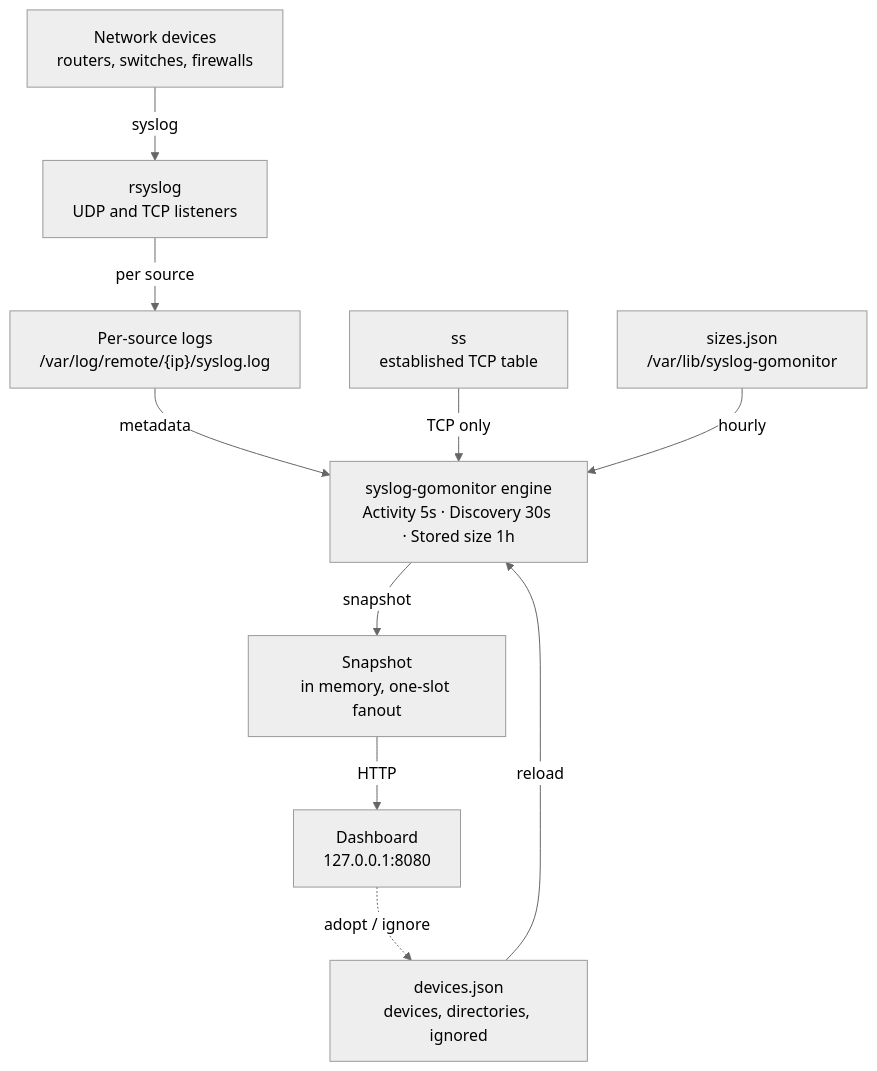
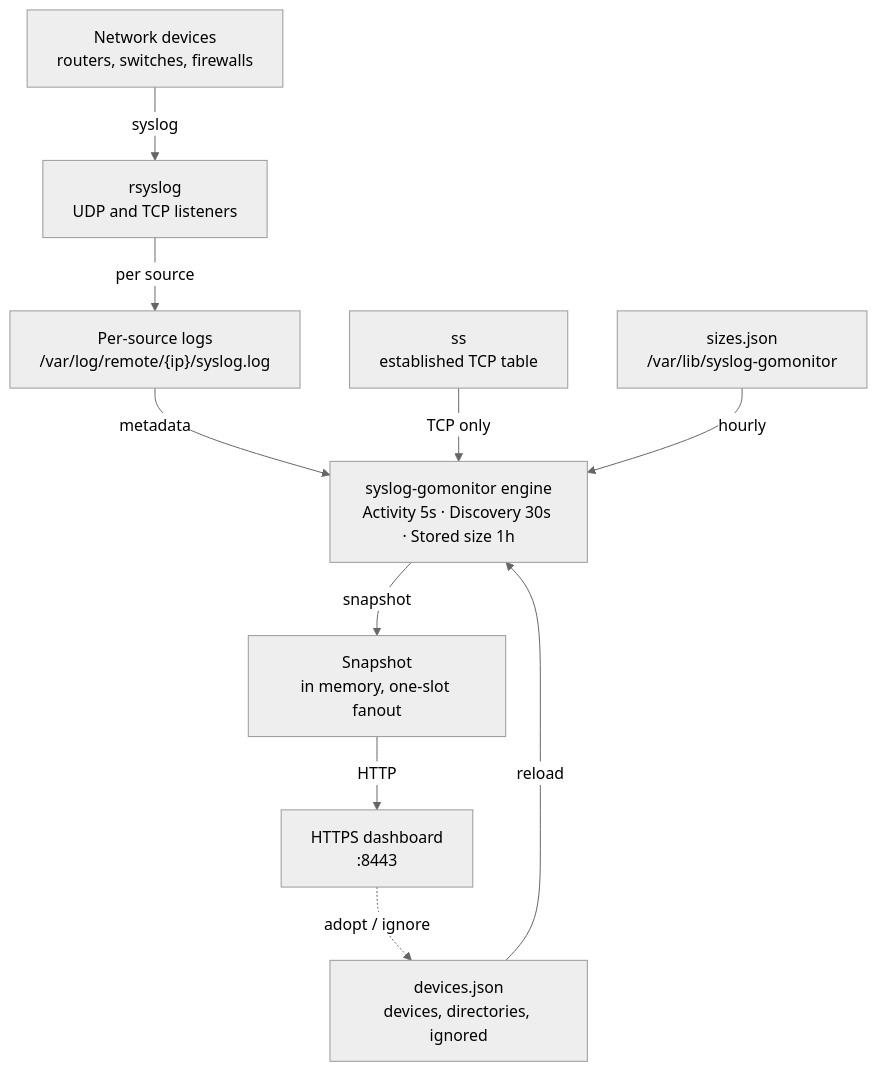
The diagram in docs/data-flow.md (zcook44/syslog-gomonitor), drawn with Mermaid (neutral theme) before and after one commit. The commit also changed other lines of this file and 17 other files, not shown here.

First line of the commit message:
Serve the dashboard over HTTPS on the network.

````diff
--- a/docs/data-flow.md
+++ b/docs/data-flow.md
@@ -27,22 +27,22 @@
 ```mermaid
 flowchart TB
   devices["Network devices<br/>routers, switches, firewalls"]
   rsyslog["rsyslog<br/>UDP and TCP listeners"]
   files["Per-source logs<br/>/var/log/remote/{ip}/syslog.log"]
   inventory["devices.json<br/>devices, directories, ignored"]
   sessions["ss<br/>established TCP table"]
   sizes["sizes.json<br/>/var/lib/syslog-gomonitor"]
   engine["syslog-gomonitor engine<br/>Activity 5s · Discovery 30s · Stored size 1h"]
   snapshot["Snapshot<br/>in memory, one-slot fanout"]
-  page["Dashboard<br/>127.0.0.1:8080"]
+  page["HTTPS dashboard<br/>:8443"]
 
   devices -->|"syslog"| rsyslog
   rsyslog -->|"per source"| files
   files -->|"metadata"| engine
   inventory -->|"reload"| engine
   sessions -->|"TCP only"| engine
   sizes -->|"hourly"| engine
   engine -->|"snapshot"| snapshot
   snapshot -->|"HTTP"| page
   page -.->|"adopt / ignore"| inventory
 ```
````
